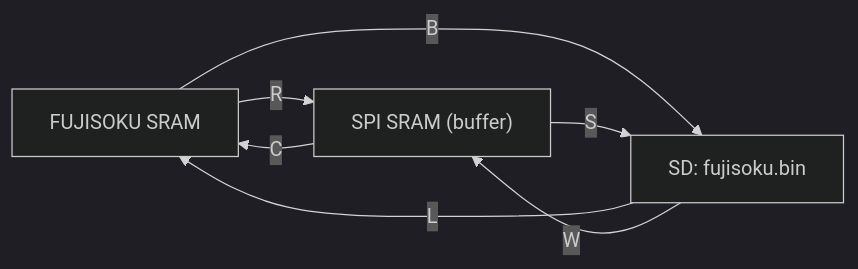
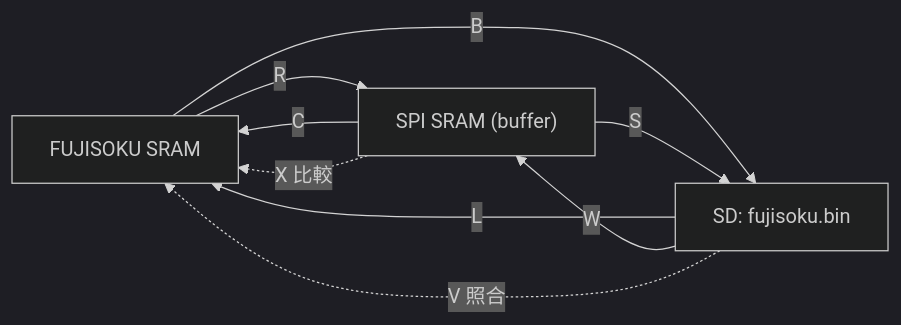
Before and after one commit to cheeky-smokey/FUJISOKU-SRAM-Utility: the diagram in docs/specification.md, drawn with Mermaid (dark theme). The commit also changed other lines of this file and 4 other files, not shown here.

First line of the commit message:
Redo hardware diagrams and specifications from the wiring and pin-out articles

````diff
--- a/docs/specification.md
+++ b/docs/specification.md
@@ -11,12 +14,14 @@
 ```mermaid
 flowchart LR
     F["FUJISOKU SRAM"]
     P["SPI SRAM (buffer)"]
     D["SD: fujisoku.bin"]
     F -->|R| P
     P -->|C| F
     F -->|B| D
     D -->|L| F
     P -->|S| D
     D -->|W| P
+    D -.->|V 照合| F
+    P -.->|X 比較| F
 ```
````
